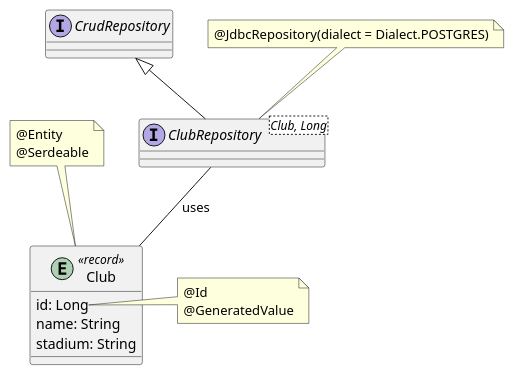
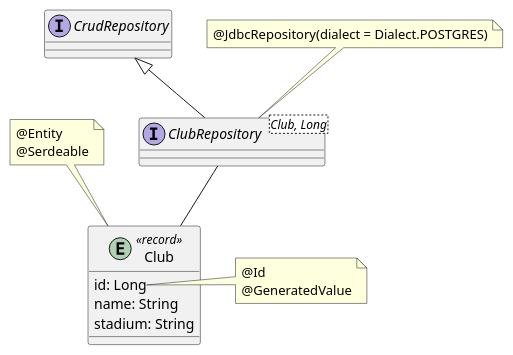
Before and after one commit to alvarosanchez/micronaut-workshop: the first of 2 diagrams in lab02.adoc, drawn with PlantUML. The commit also changed other lines of this file and 4 other files, not shown here.

```diff
--- a/lab02.adoc
+++ b/lab02.adoc
@@ -89,24 +87,24 @@
 [plantuml, entity-model, png]
 ....
 entity Club <<record>> {
   id: Long
   name: String
   stadium: String
 }
 note top of Club
   @Entity
   @Serdeable
 end note
 note right of Club::id
   @Id
   @GeneratedValue
 end note
 
 interface CrudRepository {}
 interface ClubRepository<Club, Long> {}
 note top of ClubRepository
   @JdbcRepository(dialect = Dialect.POSTGRES)
 end note
 CrudRepository <|-- ClubRepository
-ClubRepository -- Club : uses
+ClubRepository -- Club
 ....
```
